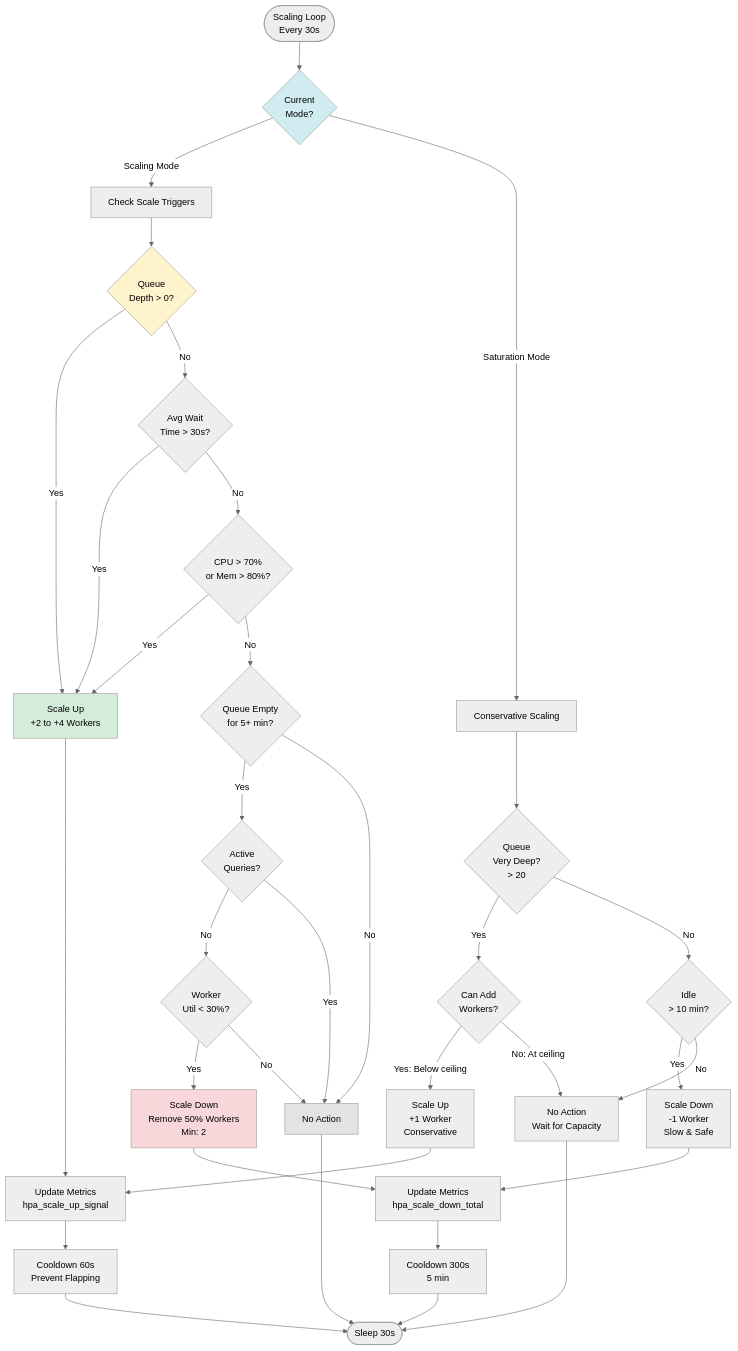
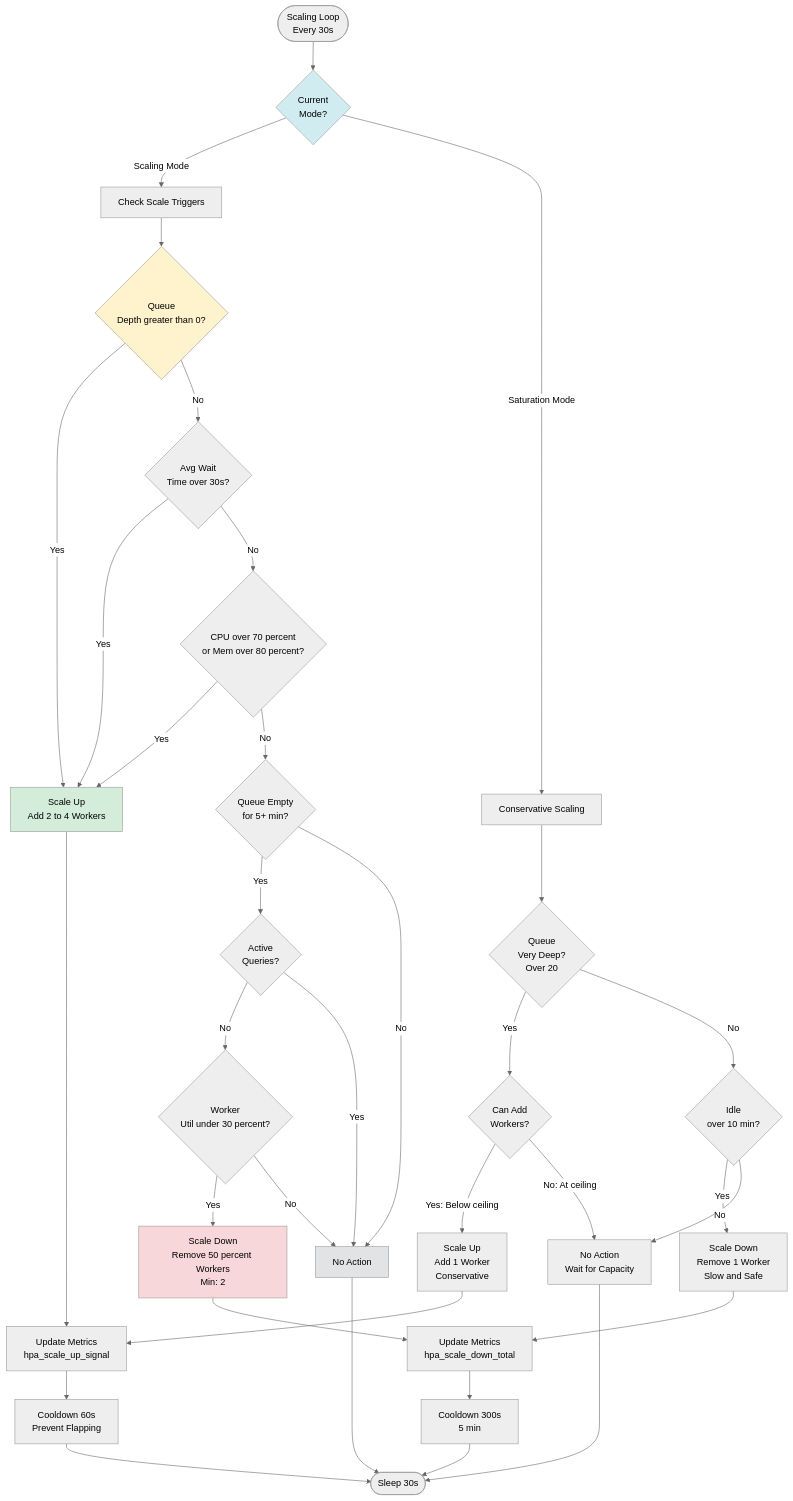
The fourth of 11 diagrams in README.md (Angelerator/Tavana), drawn with Mermaid (neutral theme) before and after one commit. The commit also changed other lines of this file, not shown here.

First line of the commit message:
fix: Mermaid syntax errors in architecture diagrams

````diff
--- a/README.md
+++ b/README.md
@@ -879,49 +879,49 @@
 ```mermaid
 flowchart TD
     Start([Scaling Loop<br/>Every 30s]) --> CheckMode{Current<br/>Mode?}
     
     CheckMode -->|Scaling Mode| ScalingChecks[Check Scale Triggers]
     CheckMode -->|Saturation Mode| SaturationChecks[Conservative Scaling]
     
-    ScalingChecks --> QueueDepth{Queue<br/>Depth > 0?}
-    QueueDepth -->|Yes| ScaleUp[Scale Up<br/>+2 to +4 Workers]
+    ScalingChecks --> QueueDepth{Queue<br/>Depth greater than 0?}
+    QueueDepth -->|Yes| ScaleUp[Scale Up<br/>Add 2 to 4 Workers]
     
-    QueueDepth -->|No| WaitTime{Avg Wait<br/>Time > 30s?}
+    QueueDepth -->|No| WaitTime{Avg Wait<br/>Time over 30s?}
     WaitTime -->|Yes| ScaleUp
     
-    WaitTime -->|No| CPUHigh{CPU > 70%<br/>or Mem > 80%?}
+    WaitTime -->|No| CPUHigh{CPU over 70 percent<br/>or Mem over 80 percent?}
     CPUHigh -->|Yes| ScaleUp
     
     CPUHigh -->|No| IdleCheck{Queue Empty<br/>for 5+ min?}
     IdleCheck -->|Yes| ActiveQ{Active<br/>Queries?}
-    ActiveQ -->|No| Utilization{Worker<br/>Util < 30%?}
-    Utilization -->|Yes| ScaleDown[Scale Down<br/>Remove 50% Workers<br/>Min: 2]
+    ActiveQ -->|No| Utilization{Worker<br/>Util under 30 percent?}
+    Utilization -->|Yes| ScaleDown[Scale Down<br/>Remove 50 percent Workers<br/>Min: 2]
     Utilization -->|No| NoAction[No Action]
     ActiveQ -->|Yes| NoAction
     IdleCheck -->|No| NoAction
     
-    SaturationChecks --> SatQueueDepth{Queue<br/>Very Deep?<br/>> 20}
+    SaturationChecks --> SatQueueDepth{Queue<br/>Very Deep?<br/>Over 20}
     SatQueueDepth -->|Yes| TryScaleUp{Can Add<br/>Workers?}
-    TryScaleUp -->|Yes: Below ceiling| ScaleUpSat[Scale Up<br/>+1 Worker<br/>Conservative]
+    TryScaleUp -->|Yes: Below ceiling| ScaleUpSat[Scale Up<br/>Add 1 Worker<br/>Conservative]
     TryScaleUp -->|No: At ceiling| NoActionSat[No Action<br/>Wait for Capacity]
-    SatQueueDepth -->|No| LongIdle{Idle<br/>> 10 min?}
-    LongIdle -->|Yes| ScaleDownSat[Scale Down<br/>-1 Worker<br/>Slow & Safe]
+    SatQueueDepth -->|No| LongIdle{Idle<br/>over 10 min?}
+    LongIdle -->|Yes| ScaleDownSat[Scale Down<br/>Remove 1 Worker<br/>Slow and Safe]
     LongIdle -->|No| NoActionSat
     
     ScaleUp --> UpdateMetrics[Update Metrics<br/>hpa_scale_up_signal]
     ScaleDown --> UpdateMetricsDown[Update Metrics<br/>hpa_scale_down_total]
     ScaleUpSat --> UpdateMetrics
     ScaleDownSat --> UpdateMetricsDown
     NoAction --> End([Sleep 30s])
     NoActionSat --> End
     UpdateMetrics --> Cooldown[Cooldown 60s<br/>Prevent Flapping]
     UpdateMetricsDown --> CooldownDown[Cooldown 300s<br/>5 min]
     Cooldown --> End
     CooldownDown --> End
     
     style ScaleUp fill:#d4edda
     style ScaleDown fill:#f8d7da
     style NoAction fill:#e2e3e5
     style QueueDepth fill:#fff3cd
     style CheckMode fill:#d1ecf1
 ```
````
